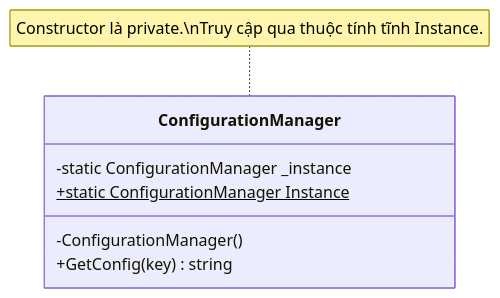
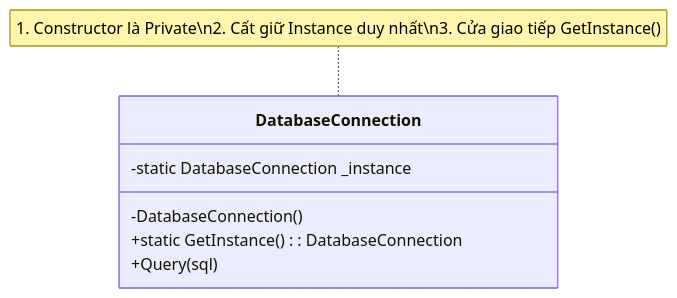
The diagram in frontend/src/features/docs/content/patterns/singleton.md (maitieubao/VisualizationDSA), drawn with Mermaid before and after one commit. The commit also changed other lines of this file and 823 other files, not shown here.

First line of the commit message:
feat: Sprint 3 hoàn tất - Classroom, Codelabs, Theory Articles, Graph search viz + redesign QuickSort/MergeSort visualizers

````diff
--- a/frontend/src/features/docs/content/patterns/singleton.md
+++ b/frontend/src/features/docs/content/patterns/singleton.md
@@ -24,11 +36,10 @@
 ```mermaid
 classDiagram
-    class ConfigurationManager {
-        -static ConfigurationManager _instance
-        -ConfigurationManager()
-        +static ConfigurationManager Instance$
-        +GetConfig(key) string
+    class DatabaseConnection {
+        -static DatabaseConnection _instance
+        -DatabaseConnection() 
+        +static GetInstance() : DatabaseConnection
+        +Query(sql)
     }
-    
-    note for ConfigurationManager "Constructor là private.\nTruy cập qua thuộc tính tĩnh Instance."
+    note for DatabaseConnection "1. Constructor là Private\n2. Cất giữ Instance duy nhất\n3. Cửa giao tiếp GetInstance()"
 ```
````
